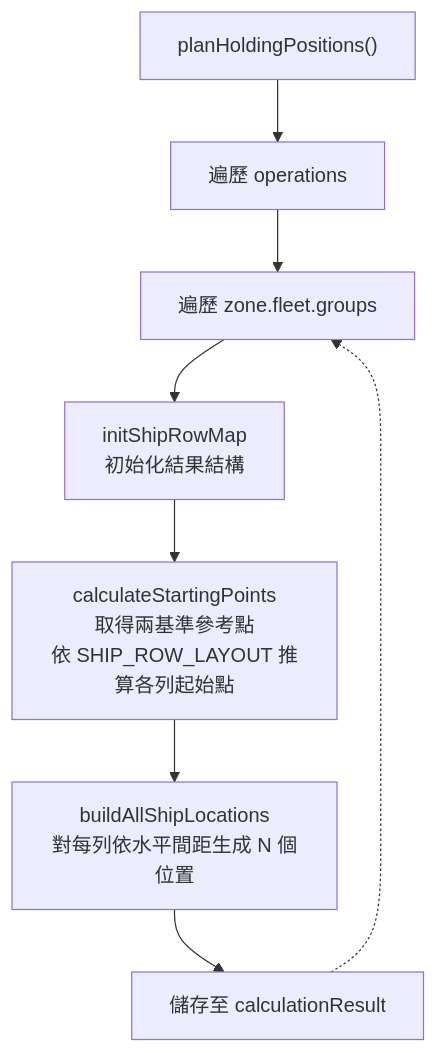
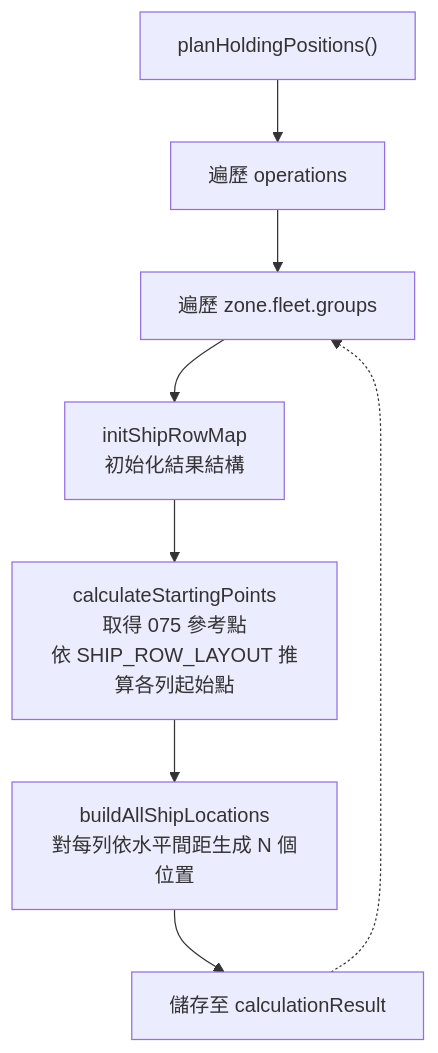
One commit to pullupjumper/formosa-in-flames changed the first of 2 diagrams in docs/landingOps/shipMovement.md. Above: the diagram before and after it, drawn with Mermaid. The commit also changed other lines of this file and 15 other files, not shown here.

````diff
--- a/docs/landingOps/shipMovement.md
+++ b/docs/landingOps/shipMovement.md
@@ -60,13 +60,13 @@
 ```mermaid
 flowchart TD
     START["planHoldingPositions()"]
     ITER_OP["遍歷 operations"]
     ITER_AREA["遍歷 zone.fleet.groups"]
     INIT["initShipRowMap<br>初始化結果結構"]
-    CALC_SP["calculateStartingPoints<br>取得兩基準參考點<br>依 SHIP_ROW_LAYOUT 推算各列起始點"]
+    CALC_SP["calculateStartingPoints<br>取得 075 參考點<br>依 SHIP_ROW_LAYOUT 推算各列起始點"]
     GEN_LOC["buildAllShipLocations<br>對每列依水平間距生成 N 個位置"]
     STORE["儲存至 calculationResult"]
 
     START --> ITER_OP --> ITER_AREA --> INIT --> CALC_SP --> GEN_LOC --> STORE
     STORE -.-> ITER_AREA
 ```
````
